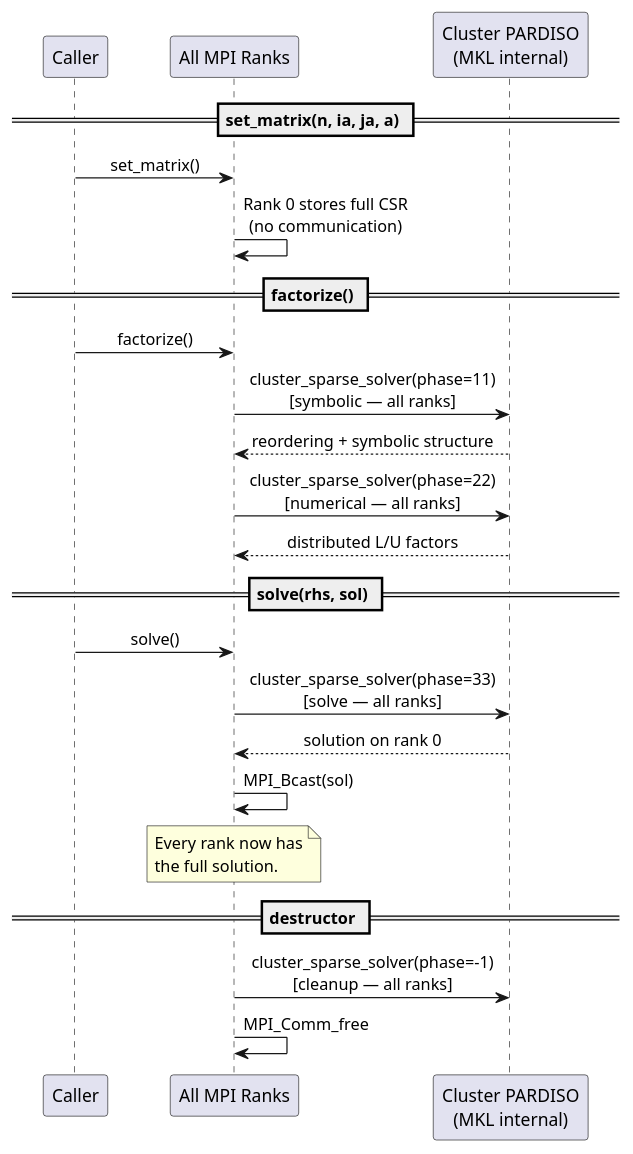
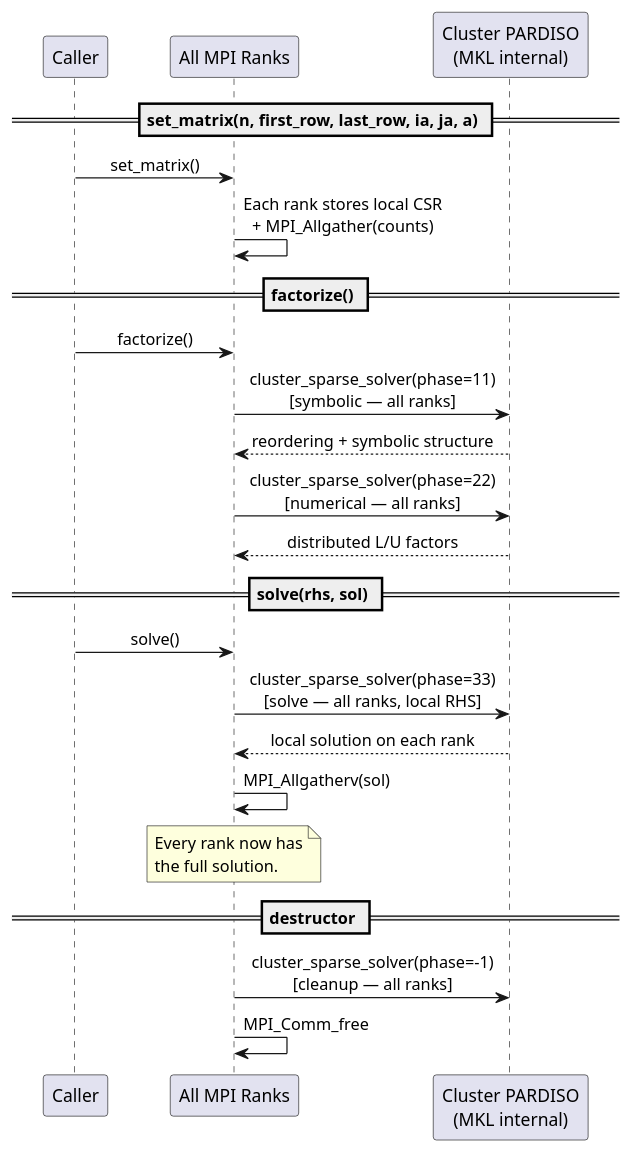
One commit to kyungminlee/pardiso-mpi changed the first of 2 diagrams in DEVELOPER.md. Above: the diagram before and after it, drawn with PlantUML. The commit also changed other lines of this file and 6 other files, not shown here.

````diff
--- a/DEVELOPER.md
+++ b/DEVELOPER.md
@@ -131,41 +136,41 @@
 ```plantuml
 @startuml pardiso_mpi_sequence
 skinparam sequenceMessageAlign center
 skinparam participantPadding 20
 
 participant "Caller"              as C
 participant "All MPI Ranks"       as R
 participant "Cluster PARDISO\n(MKL internal)" as P
 
-== set_matrix(n, ia, ja, a) ==
+== set_matrix(n, first_row, last_row, ia, ja, a) ==
 
 C -> R : set_matrix()
-R -> R : Rank 0 stores full CSR\n(no communication)
+R -> R : Each rank stores local CSR\n+ MPI_Allgather(counts)
 
 == factorize() ==
 
 C -> R : factorize()
 R -> P : cluster_sparse_solver(phase=11)\n[symbolic — all ranks]
 R <-- P : reordering + symbolic structure
 R -> P : cluster_sparse_solver(phase=22)\n[numerical — all ranks]
 R <-- P : distributed L/U factors
 
 == solve(rhs, sol) ==
 
 C -> R : solve()
-R -> P : cluster_sparse_solver(phase=33)\n[solve — all ranks]
-R <-- P : solution on rank 0
-R -> R : MPI_Bcast(sol)
+R -> P : cluster_sparse_solver(phase=33)\n[solve — all ranks, local RHS]
+R <-- P : local solution on each rank
+R -> R : MPI_Allgatherv(sol)
 
 note over R
   Every rank now has
   the full solution.
 end note
 
 == destructor ==
 
 R -> P : cluster_sparse_solver(phase=-1)\n[cleanup — all ranks]
 R -> R : MPI_Comm_free
 
 @enduml
 ```
````
